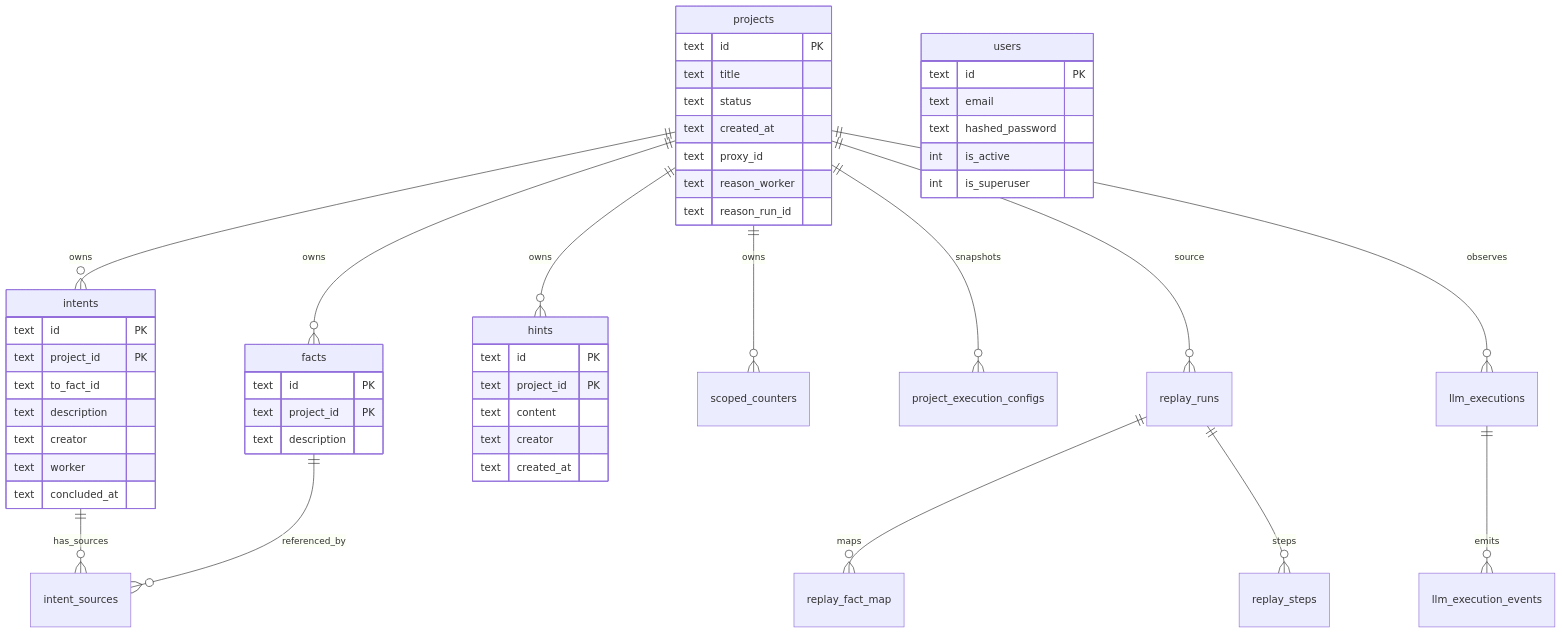
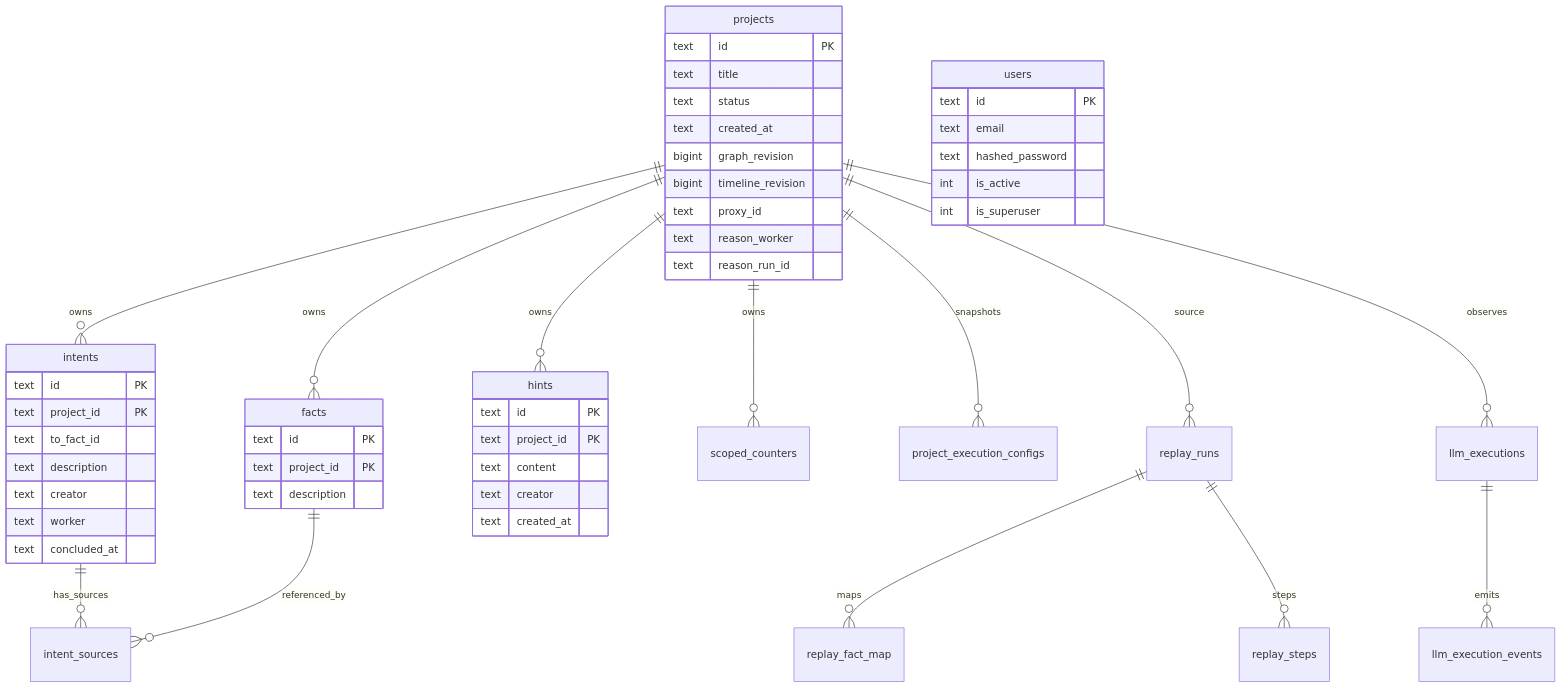
The fifth of 5 diagrams in AI/CODEBASE_ANALYSIS.md (j7ur8/Cairn), drawn with Mermaid before and after one commit. The commit also changed other lines of this file and 4 other files, not shown here.

````diff
--- a/AI/CODEBASE_ANALYSIS.md
+++ b/AI/CODEBASE_ANALYSIS.md
@@ -220,53 +223,55 @@
 ```mermaid
 erDiagram
     projects ||--o{ facts : owns
     projects ||--o{ intents : owns
     projects ||--o{ hints : owns
     projects ||--o{ scoped_counters : owns
     projects ||--o{ project_execution_configs : snapshots
     projects ||--o{ replay_runs : source
     projects ||--o{ llm_executions : observes
     intents ||--o{ intent_sources : has_sources
     facts ||--o{ intent_sources : referenced_by
     replay_runs ||--o{ replay_fact_map : maps
     replay_runs ||--o{ replay_steps : steps
     llm_executions ||--o{ llm_execution_events : emits
 
     projects {
         text id PK
         text title
         text status
         text created_at
+        bigint graph_revision
+        bigint timeline_revision
         text proxy_id
         text reason_worker
         text reason_run_id
     }
     facts {
         text id PK
         text project_id PK
         text description
     }
     intents {
         text id PK
         text project_id PK
         text to_fact_id
         text description
         text creator
         text worker
         text concluded_at
     }
     hints {
         text id PK
         text project_id PK
         text content
         text creator
         text created_at
     }
     users {
         text id PK
         text email
         text hashed_password
         int is_active
         int is_superuser
     }
 ```
````
